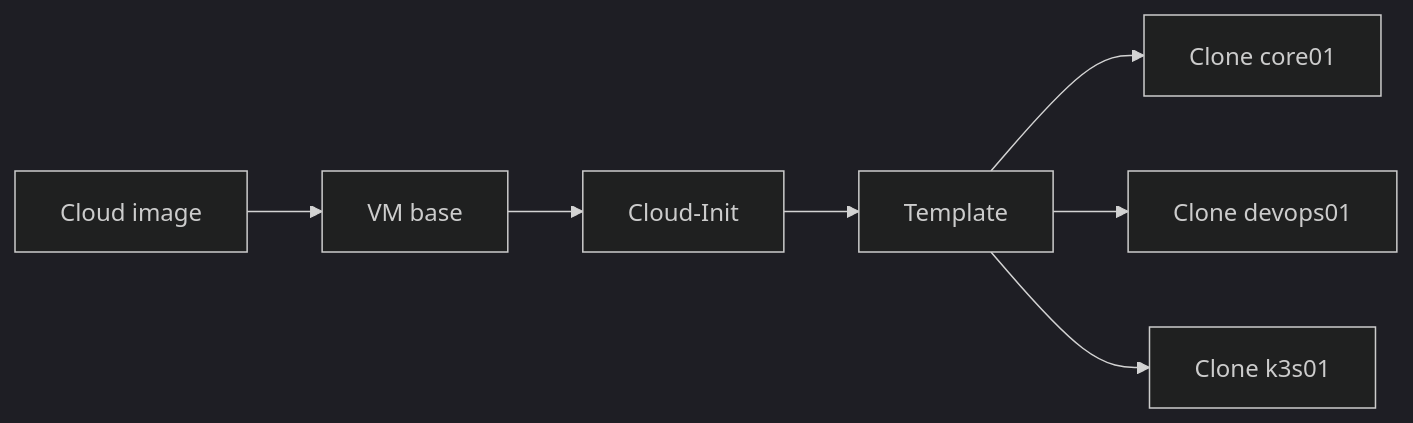
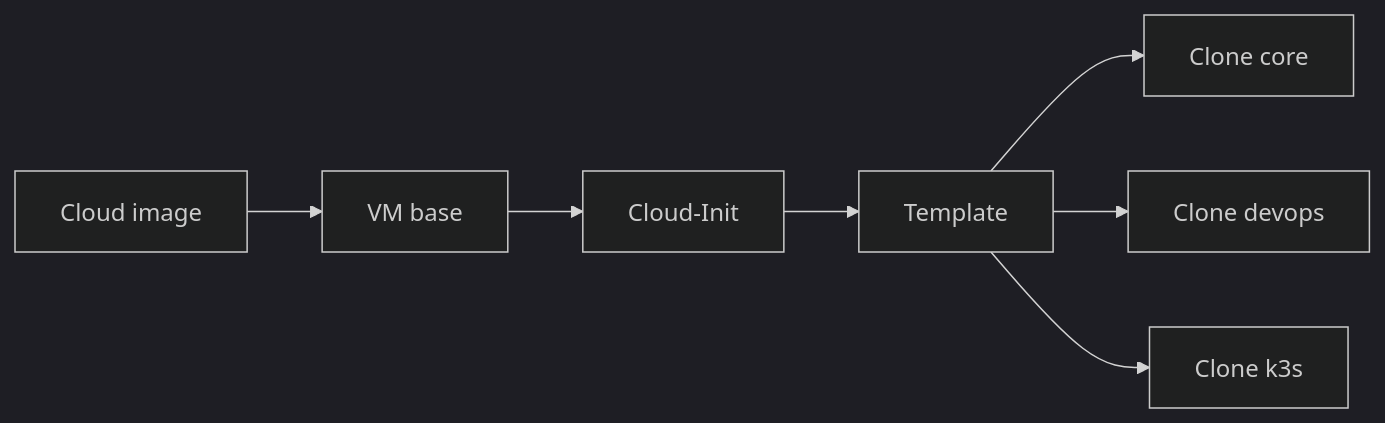
The diagram in docs/proxmox/templates-cloud-init.md (rudemex/oscar-homelab), drawn with Mermaid (dark theme) before and after one commit. The commit also changed other lines of this file and 65 other files, not shown here.

First line of the commit message:
docs: paso 7 (ultimo) -- core01/devops01/k3s01/lab01 renombrados en toda la documentacion

````diff
--- a/docs/proxmox/templates-cloud-init.md
+++ b/docs/proxmox/templates-cloud-init.md
@@ -23,9 +23,9 @@
 ```mermaid
 flowchart LR
   IMG[Cloud image] --> VM[VM base]
   VM --> CFG[Cloud-Init]
   CFG --> TPL[Template]
-  TPL --> C1[Clone core01]
-  TPL --> C2[Clone devops01]
-  TPL --> C3[Clone k3s01]
+  TPL --> C1[Clone core]
+  TPL --> C2[Clone devops]
+  TPL --> C3[Clone k3s]
 ```
````
